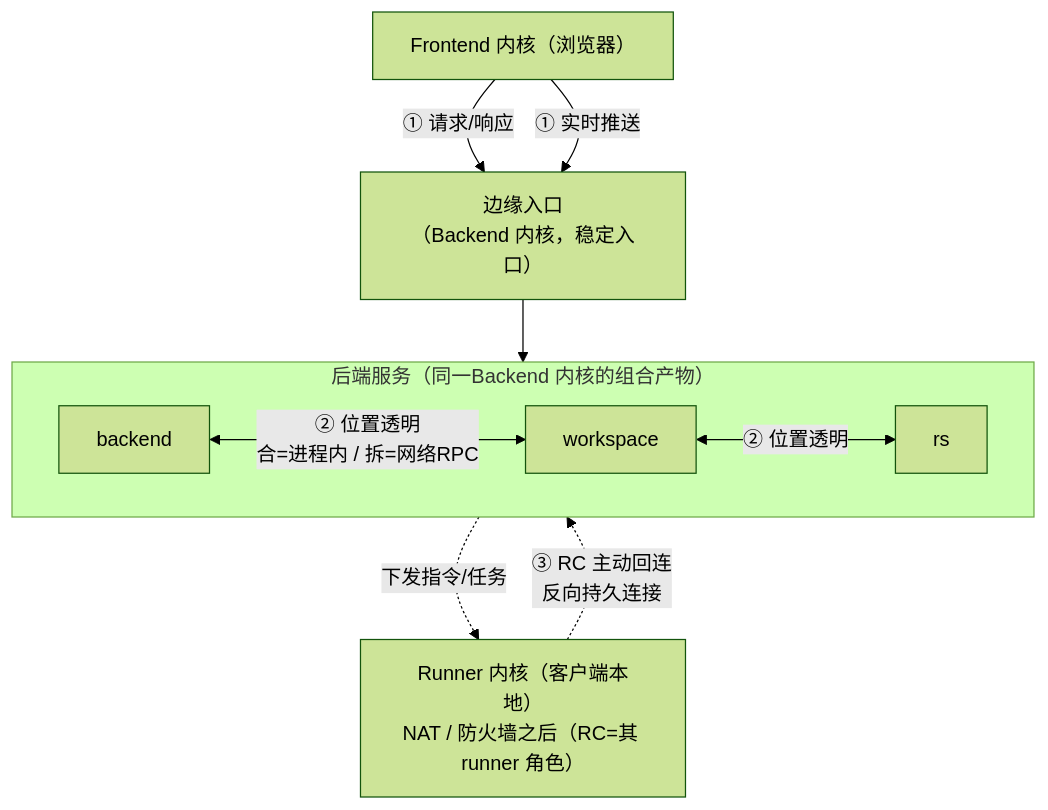
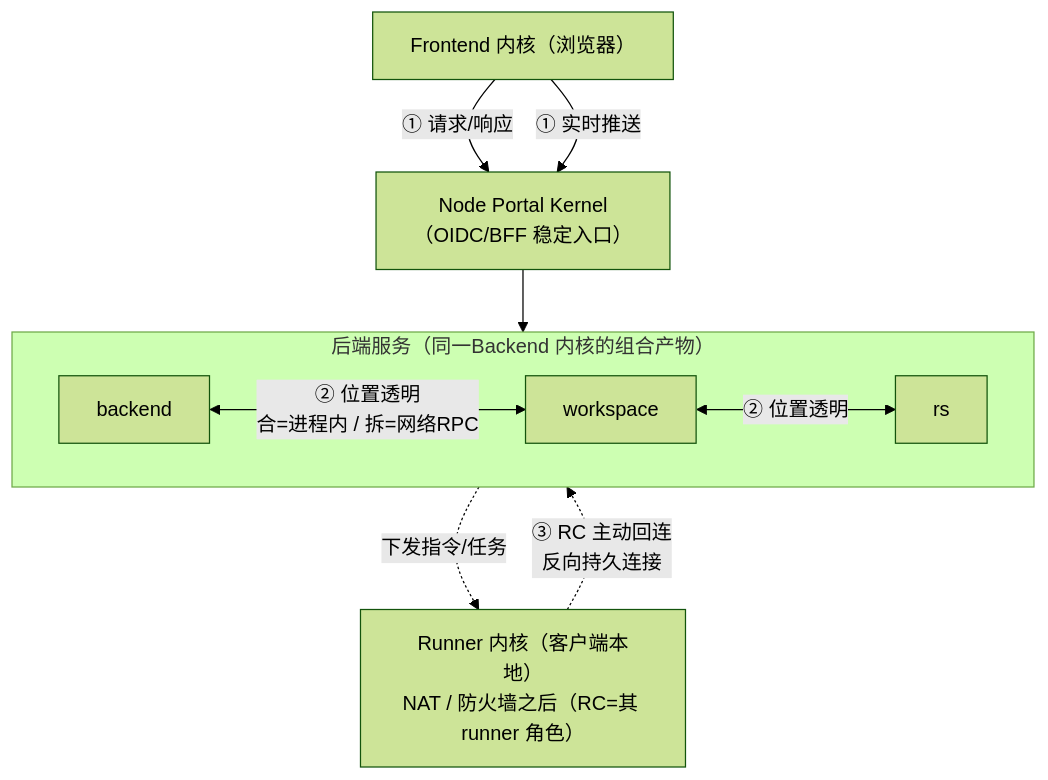
Before and after one commit to yandt/VastPlan: the third of 6 diagrams in docs/dev/architecture/系统架构.md, drawn with Mermaid (forest theme). The commit also changed other lines of this file and 89 other files, not shown here.

Commit message:
refactor(portal): retire go edge entrypoint

````diff
--- a/docs/dev/architecture/系统架构.md
+++ b/docs/dev/architecture/系统架构.md
@@ -193,23 +193,23 @@
 ```mermaid
 flowchart TB
   Frontend["Frontend 内核（浏览器）"]
-  Edge["边缘入口<br/>（Backend 内核，稳定入口）"]
+  PortalHost["Node Portal Kernel<br/>（OIDC/BFF 稳定入口）"]
 
-  Frontend -->|① 请求/响应| Edge
-  Frontend -->|① 实时推送| Edge
+  Frontend -->|① 请求/响应| PortalHost
+  Frontend -->|① 实时推送| PortalHost
 
   subgraph BE["后端服务（同一Backend 内核的组合产物）"]
     direction LR
     backend["backend"]
     workspace["workspace"]
     rs["rs"]
     backend <-->|② 位置透明<br/>合=进程内 / 拆=网络RPC| workspace
     workspace <-->|② 位置透明| rs
   end
 
-  Edge --> BE
+  PortalHost --> BE
 
   RC["Runner 内核（客户端本地）<br/>NAT / 防火墙之后（RC=其 runner 角色）"]
   RC -.->|③ RC 主动回连<br/>反向持久连接| rs
   rs -.->|下发指令/任务| RC
 ```
````
